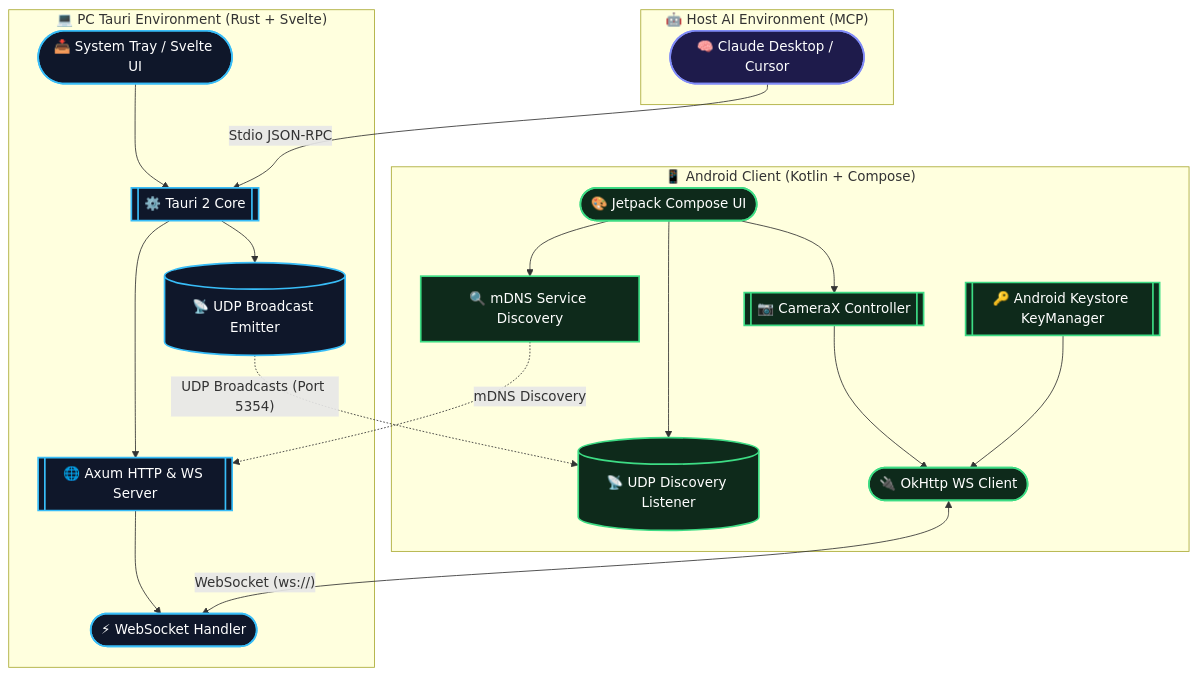
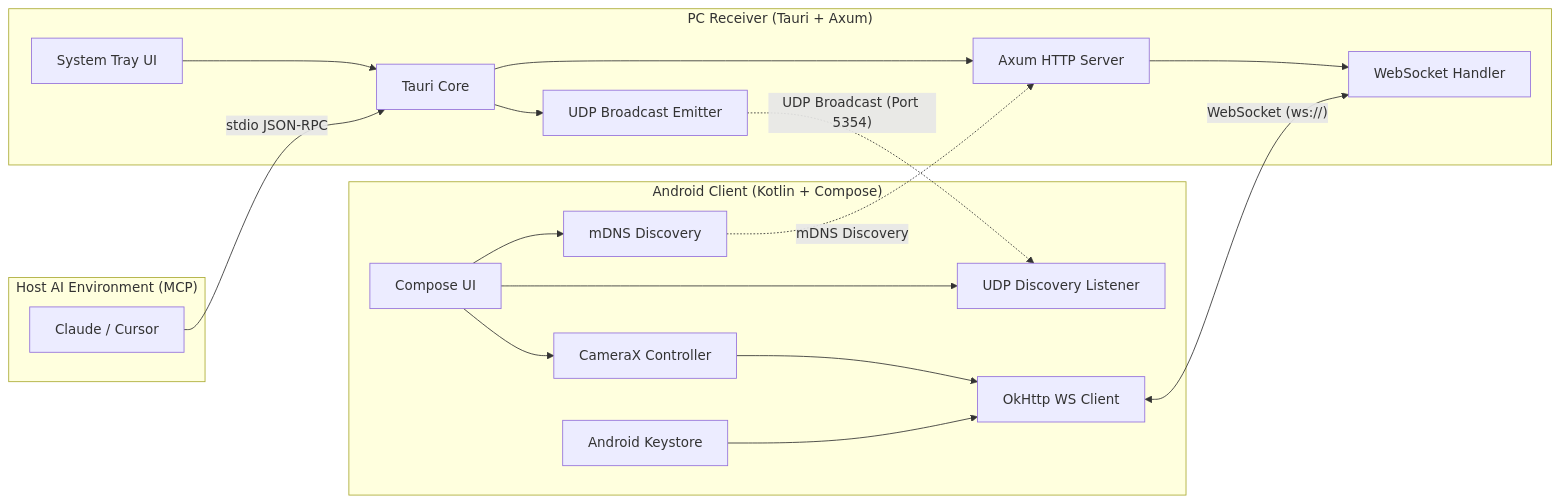
Before and after one commit to wyrtensi/CapturePort: the first of 2 diagrams in README.md, drawn with Mermaid. The commit also changed other lines of this file, not shown here.

Commit message:
docs: simplify and beautify diagrams, make flowchart LR layout and remove sequence notes for perfect readability

````diff
--- a/README.md
+++ b/README.md
@@ -29,49 +29,42 @@
 ```mermaid
-graph TD
-    %% Custom Sleek Styling
-    classDef android fill:#0E2A1B,stroke:#3DDC84,stroke-width:2px,color:#FFFFFF;
-    classDef pc fill:#0F172A,stroke:#38BDF8,stroke-width:2px,color:#FFFFFF;
-    classDef agent fill:#1E1B4B,stroke:#818CF8,stroke-width:2px,color:#FFFFFF;
-
-    subgraph Android["📱 Android Client (Kotlin + Compose)"]
-        UI(["🎨 Jetpack Compose UI"]):::android
-        CamX[["📷 CameraX Controller"]]:::android
-        NSD["🔍 mDNS Service Discovery"]:::android
-        UDP[("📡 UDP Discovery Listener")]:::android
-        WSClient(["🔌 OkHttp WS Client"]):::android
-        KM[["🔑 Android Keystore KeyManager"]]:::android
+graph LR
+    subgraph Agent["Host AI Environment (MCP)"]
+        Claude["Claude / Cursor"]
     end
 
-    subgraph PC["💻 PC Tauri Environment (Rust + Svelte)"]
-        Tray(["📥 System Tray / Svelte UI"]):::pc
-        App[["⚙️ Tauri 2 Core"]]:::pc
-        Axum[["🌐 Axum HTTP & WS Server"]]:::pc
-        WSHandler(["⚡ WebSocket Handler"]):::pc
-        UDPBeacon[("📡 UDP Broadcast Emitter")]:::pc
+    subgraph PC["PC Receiver (Tauri + Axum)"]
+        Tray["System Tray UI"]
+        App["Tauri Core"]
+        Axum["Axum HTTP Server"]
+        WSHandler["WebSocket Handler"]
+        UDPBeacon["UDP Broadcast Emitter"]
     end
 
-    subgraph Agent["🤖 Host AI Environment (MCP)"]
-        Claude(["🧠 Claude Desktop / Cursor"]):::agent
+    subgraph Android["Android Client (Kotlin + Compose)"]
+        UI["Compose UI"]
+        CamX["CameraX Controller"]
+        NSD["mDNS Discovery"]
+        UDP["UDP Discovery Listener"]
+        WSClient["OkHttp WS Client"]
+        KM["Android Keystore"]
     end
 
-    %% Internal Android Relationships
+    %% Internal Android Flow
     UI --> CamX
     UI --> NSD
     UI --> UDP
     CamX --> WSClient
     KM --> WSClient
 
-    %% Internal PC Relationships
+    %% Internal PC Flow
     Tray --> App
     App --> Axum
     Axum --> WSHandler
     App --> UDPBeacon
 
-    %% Stdio MCP IPC
-    Claude -->|"Stdio JSON-RPC"| App
-
-    %% Cross-Platform Local Network Connections
+    %% Cross-Platform IPC & Network Connections
+    Claude -->|"stdio JSON-RPC"| App
     WSClient <-->|"WebSocket (ws://)"| WSHandler
     NSD -.->|"mDNS Discovery"| Axum
-    UDPBeacon -.->|"UDP Broadcasts (Port 5354)"| UDP
+    UDPBeacon -.->|"UDP Broadcast (Port 5354)"| UDP
 ```
````
